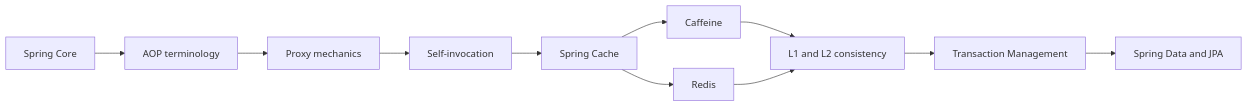
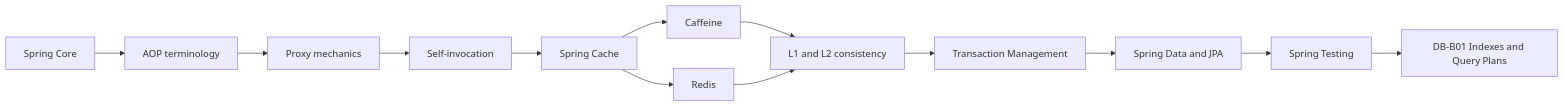
One commit to alimbetov/obsidian changed the diagram in 30_CERTIFICATIONS/Spring/2V0-72.22/Spring AOP and Cache Roadmap.md. Above: the diagram before and after it, drawn with Mermaid. The commit also changed other lines of this file, not shown here.

````diff
--- a/30_CERTIFICATIONS/Spring/2V0-72.22/Spring AOP and Cache Roadmap.md
+++ b/30_CERTIFICATIONS/Spring/2V0-72.22/Spring AOP and Cache Roadmap.md
@@ -36,13 +38,15 @@
 ```mermaid
 flowchart LR
     C[Spring Core] --> A[AOP terminology]
     A --> P[Proxy mechanics]
     P --> S[Self-invocation]
     S --> K[Spring Cache]
     K --> CF[Caffeine]
     K --> R[Redis]
     CF --> L2[L1 and L2 consistency]
     R --> L2
     L2 --> TX[Transaction Management]
     TX --> DATA[Spring Data and JPA]
+    DATA --> TEST[Spring Testing]
+    TEST --> DB[DB-B01 Indexes and Query Plans]
 ```
````
